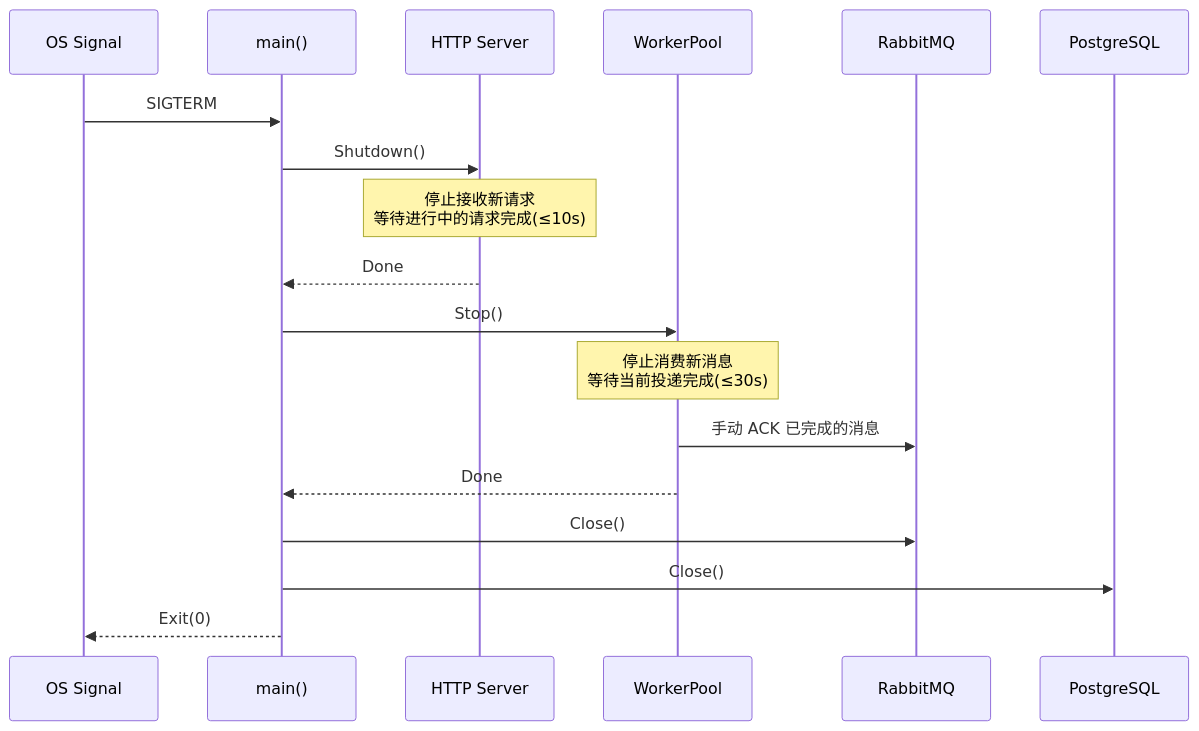
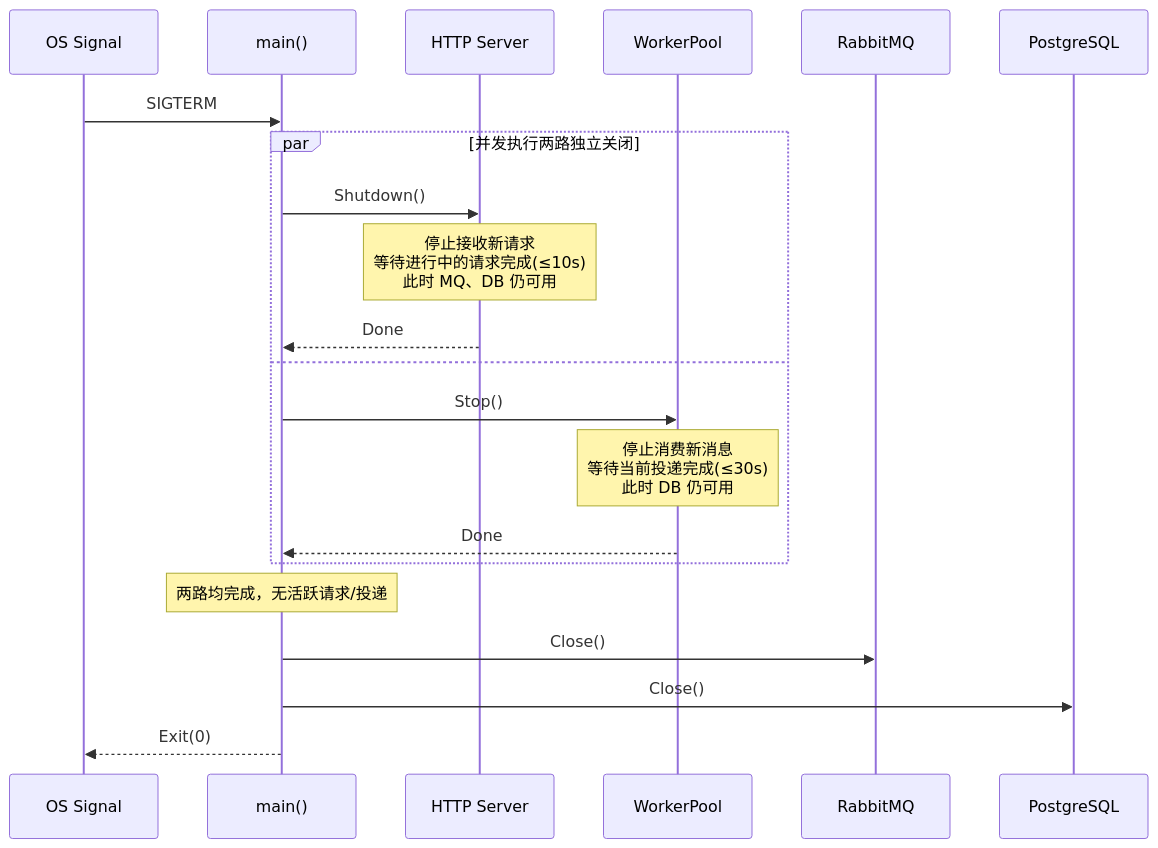
Diagram 20 of 21 in doc/requirements/202605-notification-design-dd.md (xnslong/rc_xnslong), drawn with Mermaid before and after one commit. The commit also changed other lines of this file and 27 other files, not shown here.

````diff
--- a/doc/requirements/202605-notification-design-dd.md
+++ b/doc/requirements/202605-notification-design-dd.md
@@ -1992,23 +2003,27 @@
 ```mermaid
 sequenceDiagram
     participant OS as OS Signal
     participant Main as main()
     participant HTTP as HTTP Server
     participant WP as WorkerPool
     participant MQ as RabbitMQ
     participant DB as PostgreSQL
 
     OS->>Main: SIGTERM
-    Main->>HTTP: Shutdown()
-    Note over HTTP: 停止接收新请求<br/>等待进行中的请求完成(≤10s)
-    HTTP-->>Main: Done
 
-    Main->>WP: Stop()
-    Note over WP: 停止消费新消息<br/>等待当前投递完成(≤30s)
-    WP->>MQ: 手动 ACK 已完成的消息
-    WP-->>Main: Done
+    par 并发执行两路独立关闭
+        Main->>HTTP: Shutdown()
+        Note over HTTP: 停止接收新请求<br/>等待进行中的请求完成(≤10s)<br/>此时 MQ、DB 仍可用
+        HTTP-->>Main: Done
+    and
+        Main->>WP: Stop()
+        Note over WP: 停止消费新消息<br/>等待当前投递完成(≤30s)<br/>此时 DB 仍可用
+        WP-->>Main: Done
+    end
+
+    Note over Main: 两路均完成，无活跃请求/投递
 
     Main->>MQ: Close()
     Main->>DB: Close()
     Main-->>OS: Exit(0)
 ```
````
